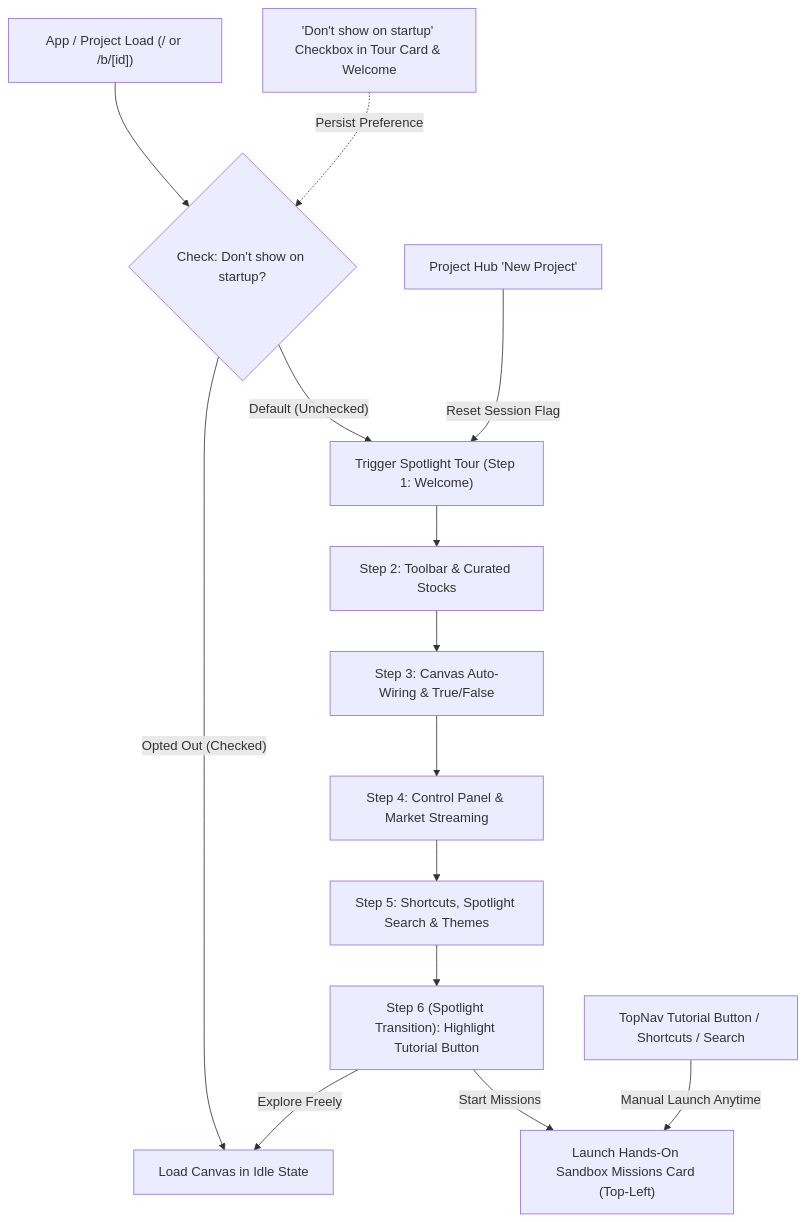
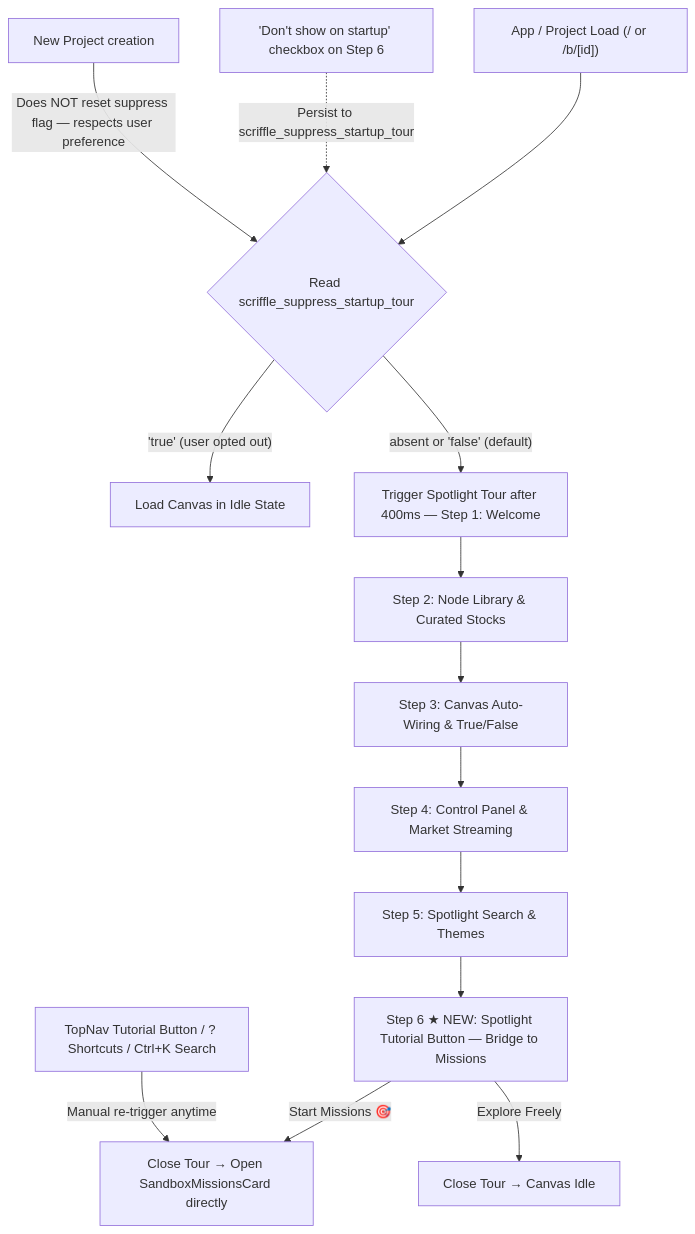
The diagram in context/UNIFIED_ONBOARDING_FLOW_PLAN.md (rayyanekaputra/scriffle), drawn with Mermaid before and after one commit. The commit also changed other lines of this file and 7 other files, not shown here.

````diff
--- a/context/UNIFIED_ONBOARDING_FLOW_PLAN.md
+++ b/context/UNIFIED_ONBOARDING_FLOW_PLAN.md
@@ -25,19 +41,20 @@
 ```mermaid
 flowchart TD
-    A["App / Project Load (/ or /b/[id])"] --> B{"Check: Don't show on startup?"}
-    B -->|"Opted Out (Checked)"| C["Load Canvas in Idle State"]
-    B -->|"Default (Unchecked)"| D["Trigger Spotlight Tour (Step 1: Welcome)"]
-    
-    D --> E["Step 2: Toolbar & Curated Stocks"]
+    A["App / Project Load (/ or /b/[id])"] --> B{"Read scriffle_suppress_startup_tour"}
+    B -->|"'true' (user opted out)"| C["Load Canvas in Idle State"]
+    B -->|"absent or 'false' (default)"| D["Trigger Spotlight Tour after 400ms — Step 1: Welcome"]
+
+    D --> E["Step 2: Node Library & Curated Stocks"]
     E --> F["Step 3: Canvas Auto-Wiring & True/False"]
     F --> G["Step 4: Control Panel & Market Streaming"]
-    G --> H["Step 5: Shortcuts, Spotlight Search & Themes"]
-    H --> I["Step 6 (Spotlight Transition): Highlight Tutorial Button"]
-    
-    I -->|"Start Missions"| J["Launch Hands-On Sandbox Missions Card (Top-Left)"]
-    I -->|"Explore Freely"| C
-    
-    K["'Don't show on startup' Checkbox in Tour Card & Welcome"] -.->|"Persist Preference"| B
-    L["TopNav Tutorial Button / Shortcuts / Search"] -->|"Manual Launch Anytime"| J
-    M["Project Hub 'New Project'"] -->|"Reset Session Flag"| D
+    G --> H["Step 5: Spotlight Search & Themes"]
+    H --> I["Step 6 ★ NEW: Spotlight Tutorial Button — Bridge to Missions"]
+
+    I -->|"Start Missions 🎯"| J["Close Tour → Open SandboxMissionsCard directly"]
+    I -->|"Explore Freely"| K["Close Tour → Canvas Idle"]
+
+    L["'Don't show on startup' checkbox on Step 6"] -.->|"Persist to scriffle_suppress_startup_tour"| B
+
+    M["TopNav Tutorial Button / ? Shortcuts / Ctrl+K Search"] -->|"Manual re-trigger anytime"| J
+    N["New Project creation"] -->|"Does NOT reset suppress flag — respects user preference"| B
 ```
````
